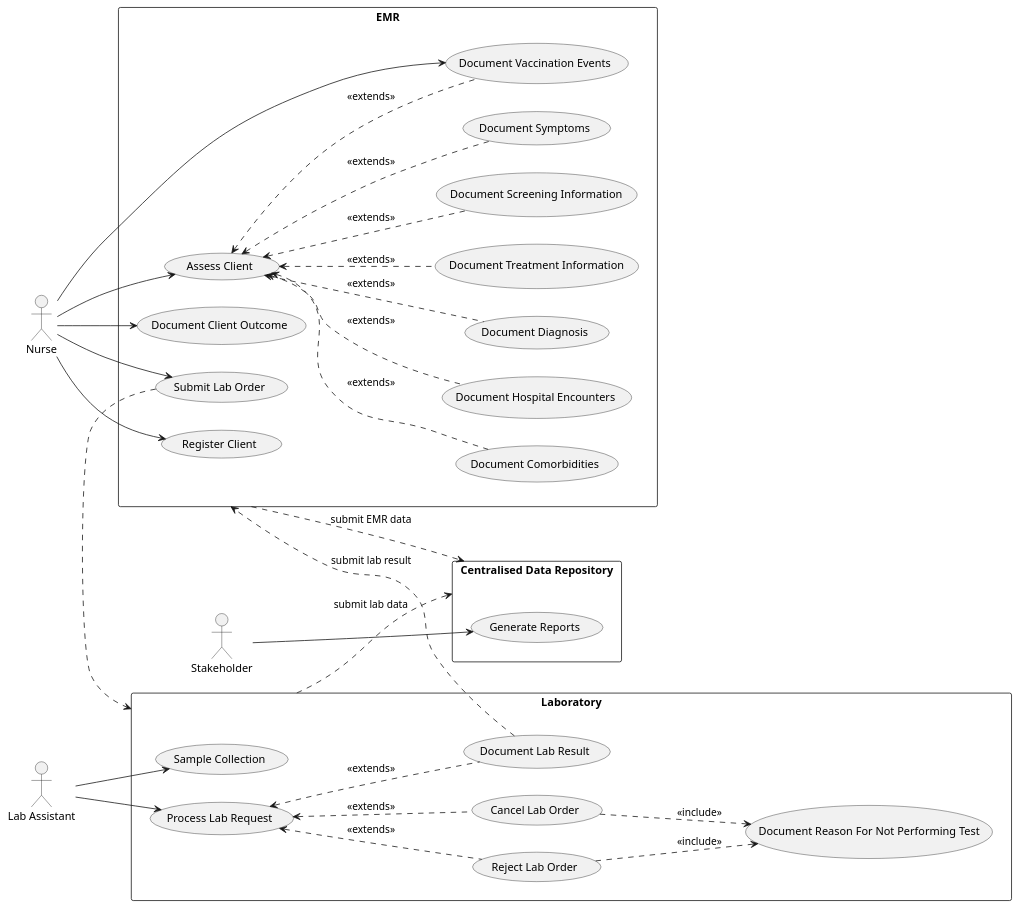
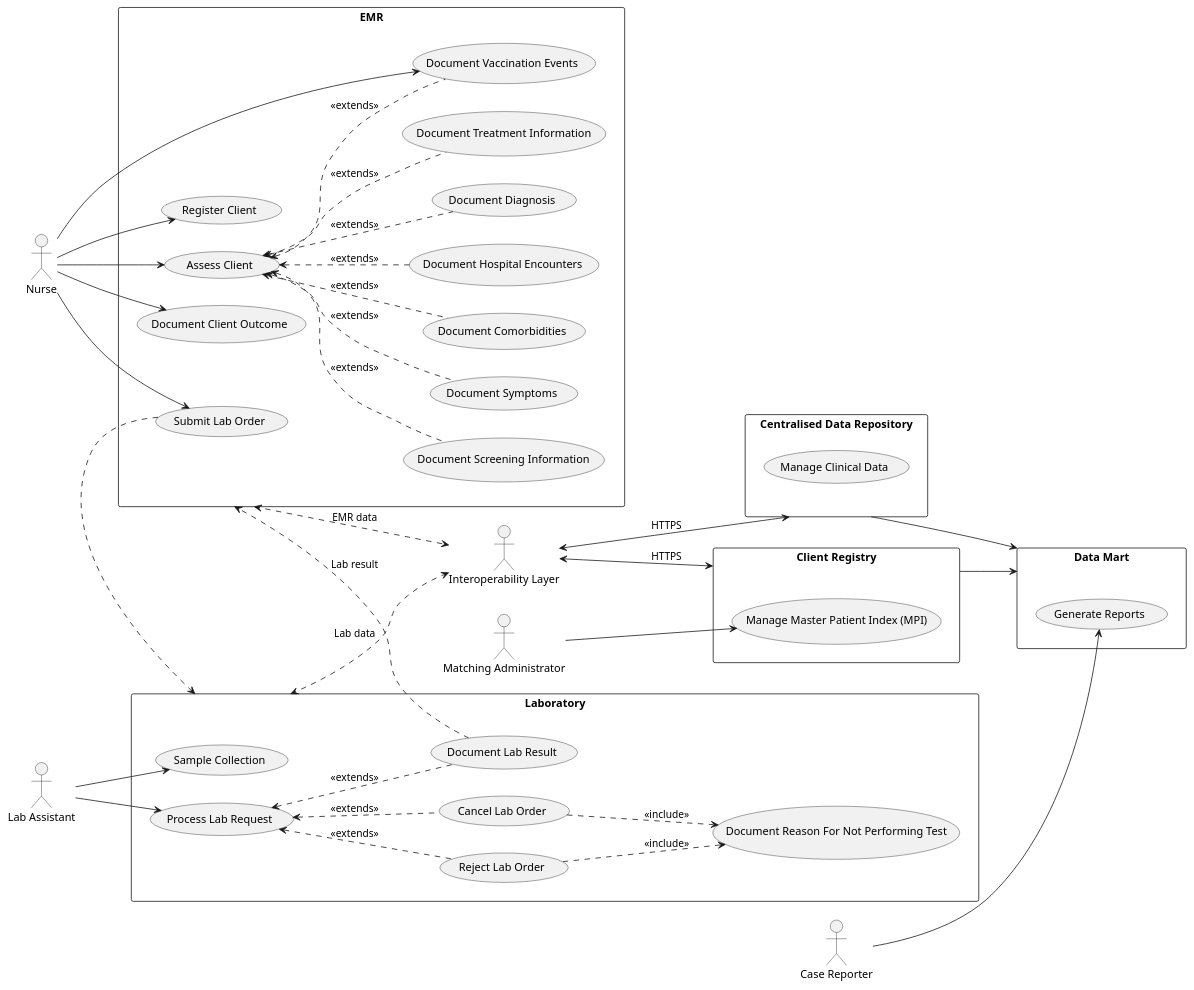
The diagram in input/images-source/uses-cases.pu (openhie/covid19-casereporting), drawn with PlantUML before and after one commit. The commit also changed 2 other files, not shown here.

```diff
--- a/input/images-source/uses-cases.pu
+++ b/input/images-source/uses-cases.pu
@@ -1,68 +1,88 @@
 @startuml UseCaseDiagram
 left to right direction
 actor "Nurse" as nurse
 rectangle EMR {
   usecase "Register Client" as UC1
   usecase "Assess Client" as UC2
   usecase "Document Screening Information" as UC3
   usecase "Document Symptoms" as UC4
   usecase "Document Comorbidities" as UC5
   usecase "Document Hospital Encounters" as UC6
   usecase "Document Diagnosis" as UC8
   usecase "Document Treatment Information" as UC9
   usecase "Document Client Outcome" as UC10
   usecase "Submit Lab Order" as UC11
   usecase "Document Vaccination Events" as UC12
   
 }
 
 nurse --> UC1
 nurse --> UC2
 nurse --> UC10
 nurse --> UC11
 nurse --> UC12
 
 (UC2) <.. (UC3) : "<<extends>>"
 (UC2) <.. (UC4) : "<<extends>>"
 (UC2) <.. (UC5) : "<<extends>>"
 (UC2) <.. (UC6) : "<<extends>>"
 (UC2) <.. (UC12) : "<<extends>>"
 (UC2) <.. (UC8) : "<<extends>>"
 (UC2) <.. (UC9) : "<<extends>>"
 
 actor "Lab Assistant" as labAssistant
 rectangle Laboratory {
   usecase "Sample Collection" as UC14
   usecase "Process Lab Request" as UC15
   usecase "Document Lab Result" as UC16
   usecase "Reject Lab Order" as UC17
   usecase "Cancel Lab Order" as UC18
   usecase "Document Reason For Not Performing Test" as UC19
 }
 
 labAssistant --> UC14
 labAssistant --> UC15
 
 
 (UC15) <.. (UC16) : "<<extends>>"
 (UC15) <.. (UC17) : "<<extends>>"
 (UC15) <.. (UC18) : "<<extends>>"
 
 (UC18) ..> (UC19) : "<<include>>"
 (UC17) ..> (UC19) : "<<include>>"
 
 (UC11) ..> Laboratory
 
-(UC16) ..> EMR : "submit lab result"
+(UC16) ..> EMR : "Lab result"
 
-actor "Stakeholder" as stakeholder
+actor "Interoperability Layer" as iol
 rectangle "Centralised Data Repository" as cdr {
-  usecase "Generate Reports" as UC20
+  usecase "Manage Clinical Data" as UC20
 }
 
-stakeholder --> UC20
+iol <--> cdr : "HTTPS"
 
-EMR ..> cdr : "submit EMR data"
-Laboratory ..> cdr : "submit lab data"
+EMR <..> iol : "EMR data"
+Laboratory <..> iol : "Lab data"
+
+
+actor "Matching Administrator" as macthingAdmin
+rectangle "Client Registry" as cr {
+  usecase "Manage Master Patient Index (MPI)" as UC21
+}
+
+macthingAdmin --> UC21
+
+iol <--> cr : "HTTPS"
+
+actor "Case Reporter" as caseReporter
+rectangle "Data Mart" as dm {
+  usecase "Generate Reports" as UC22
+}
+
+caseReporter --> UC22
+
+cdr --> dm
+cr --> dm
 
 @enduml
```
